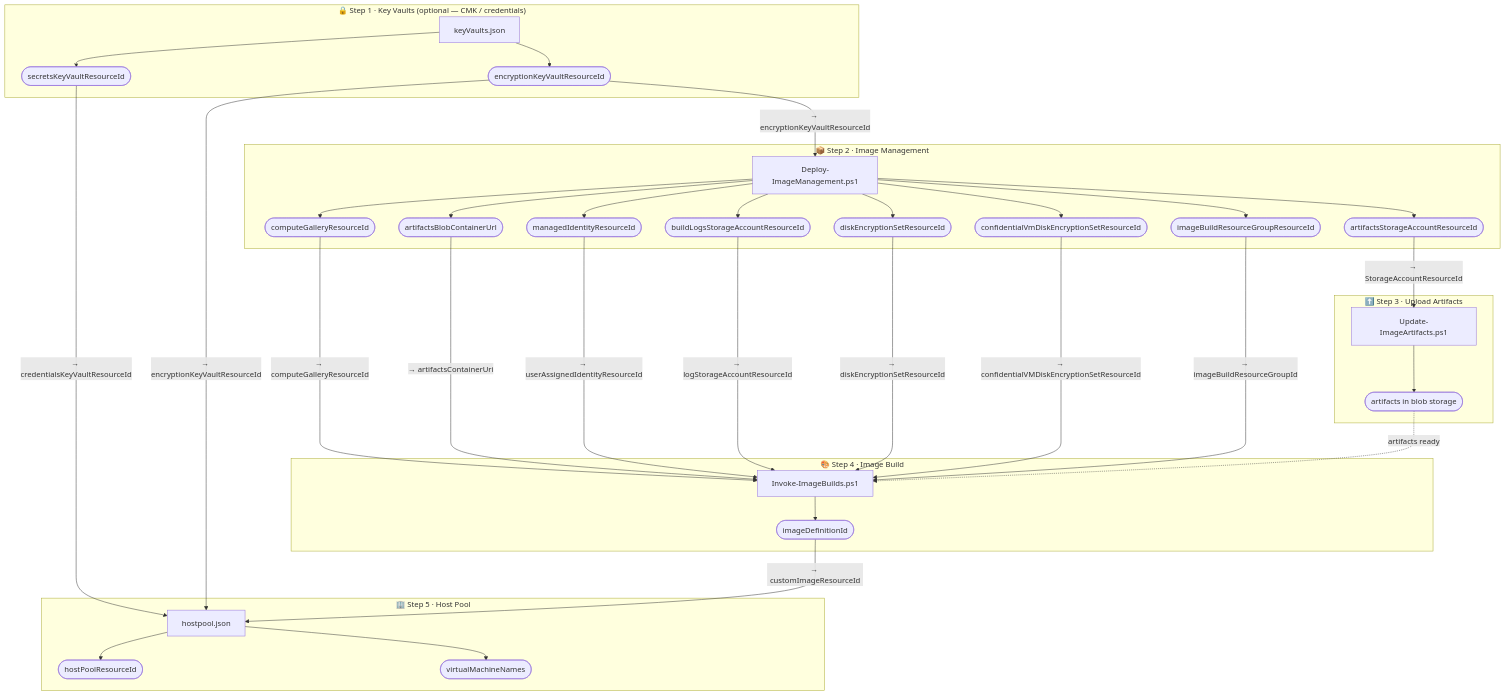
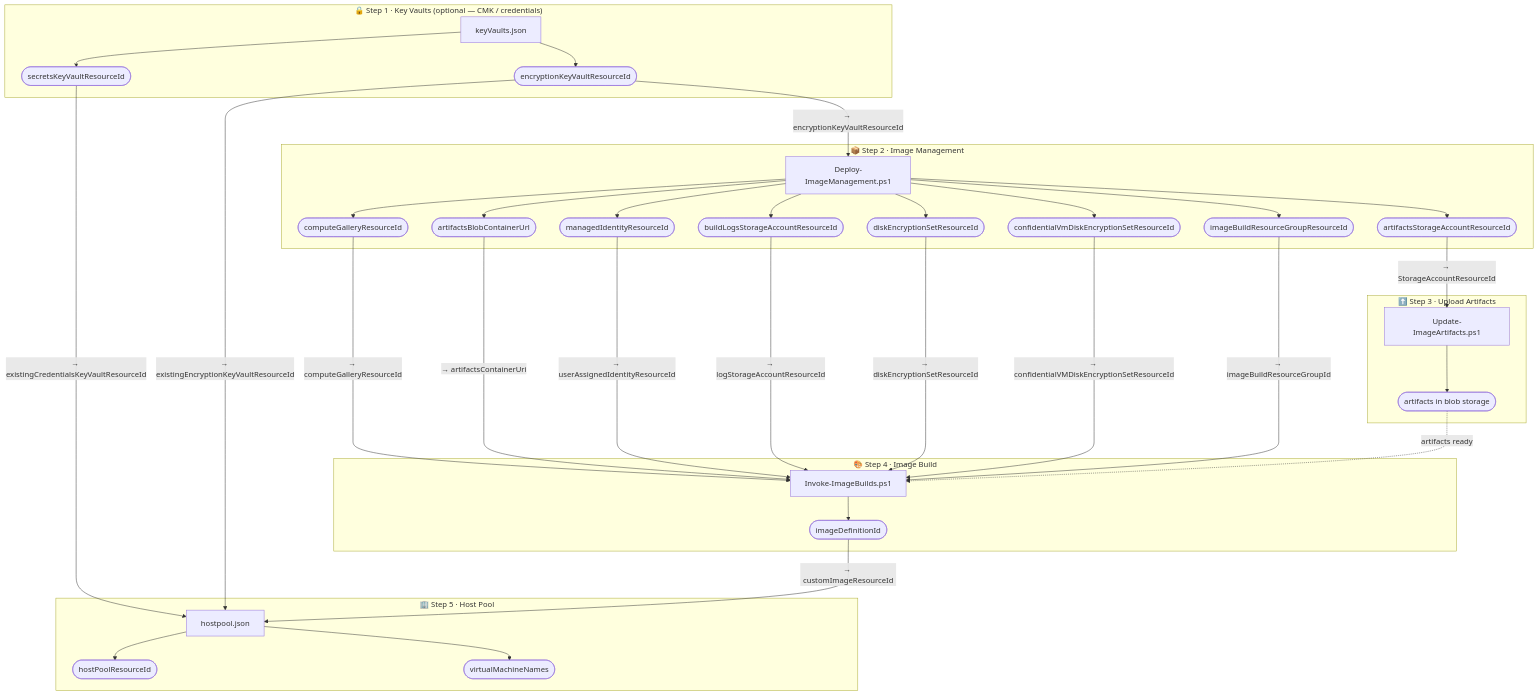
The diagram in docs/automationGuide.md (Azure/FederalAVD), drawn with Mermaid before and after one commit. The commit also changed other lines of this file and 76 other files, not shown here.

````diff
--- a/docs/automationGuide.md
+++ b/docs/automationGuide.md
@@ -15,66 +15,66 @@
 ```mermaid
 flowchart TD
     subgraph KV["🔒 Step 1 · Key Vaults  (optional — CMK / credentials)"]
         KV_RUN["keyVaults.json"]
         KV_O1(["secretsKeyVaultResourceId"])
         KV_O2(["encryptionKeyVaultResourceId"])
         KV_RUN --> KV_O1 & KV_O2
     end
 
     subgraph IM["📦 Step 2 · Image Management"]
         IM_RUN["Deploy-ImageManagement.ps1"]
         IM_O1(["computeGalleryResourceId"])
         IM_O2(["artifactsStorageAccountResourceId"])
         IM_O3(["artifactsBlobContainerUrl"])
         IM_O4(["managedIdentityResourceId"])
         IM_O5(["buildLogsStorageAccountResourceId"])
         IM_O6(["diskEncryptionSetResourceId"])
         IM_O7(["confidentialVmDiskEncryptionSetResourceId"])
         IM_O8(["imageBuildResourceGroupResourceId"])
         IM_RUN --> IM_O1 & IM_O2 & IM_O3 & IM_O4 & IM_O5 & IM_O6 & IM_O7 & IM_O8
     end
 
     subgraph UA["⬆️ Step 3 · Upload Artifacts"]
         UA_RUN["Update-ImageArtifacts.ps1"]
         UA_DONE(["artifacts in blob storage"])
         UA_RUN --> UA_DONE
     end
 
     subgraph IB["🎨 Step 4 · Image Build"]
         IB_RUN["Invoke-ImageBuilds.ps1"]
         IB_O1(["imageDefinitionId"])
         IB_RUN --> IB_O1
     end
 
     subgraph HP["🏢 Step 5 · Host Pool"]
         HP_RUN["hostpool.json"]
         HP_O1(["hostPoolResourceId"])
         HP_O2(["virtualMachineNames"])
         HP_RUN --> HP_O1 & HP_O2
     end
 
     %% Key Vaults → Image Management (CMK)
     KV_O2 -->|"→ encryptionKeyVaultResourceId"| IM_RUN
 
     %% Key Vaults → Host Pool
-    KV_O1 -->|"→ credentialsKeyVaultResourceId"| HP_RUN
-    KV_O2 -->|"→ encryptionKeyVaultResourceId"| HP_RUN
+    KV_O1 -->|"→ existingCredentialsKeyVaultResourceId"| HP_RUN
+    KV_O2 -->|"→ existingEncryptionKeyVaultResourceId"| HP_RUN
 
     %% Image Management → Upload Artifacts
     IM_O2 -->|"→ StorageAccountResourceId"| UA_RUN
 
     %% Image Management → Image Build
     IM_O1 -->|"→ computeGalleryResourceId"| IB_RUN
     IM_O3 -->|"→ artifactsContainerUri"| IB_RUN
     IM_O4 -->|"→ userAssignedIdentityResourceId"| IB_RUN
     IM_O5 -->|"→ logStorageAccountResourceId"| IB_RUN
     IM_O6 -->|"→ diskEncryptionSetResourceId"| IB_RUN
     IM_O7 -->|"→ confidentialVMDiskEncryptionSetResourceId"| IB_RUN
     IM_O8 -->|"→ imageBuildResourceGroupId"| IB_RUN
 
     %% Upload Artifacts → Image Build (data dependency, no parameter)
     UA_DONE -.->|"artifacts ready"| IB_RUN
 
     %% Image Build → Host Pool
     IB_O1 -->|"→ customImageResourceId"| HP_RUN
 ```
````
